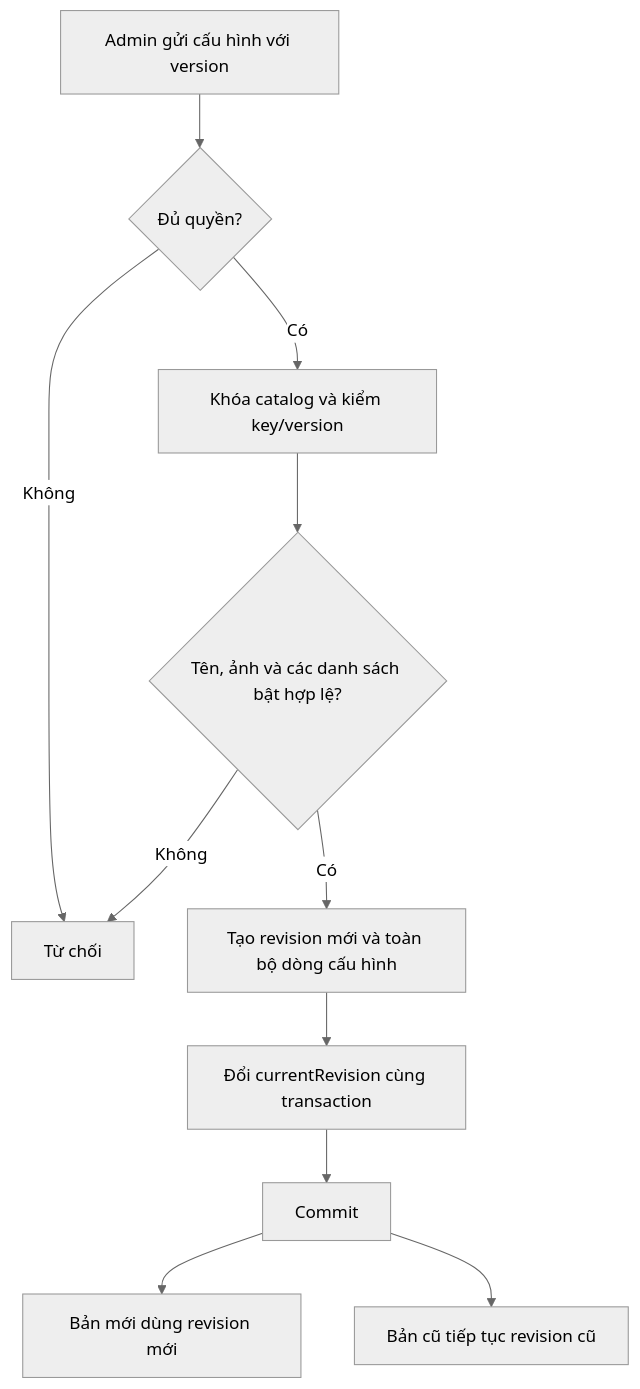
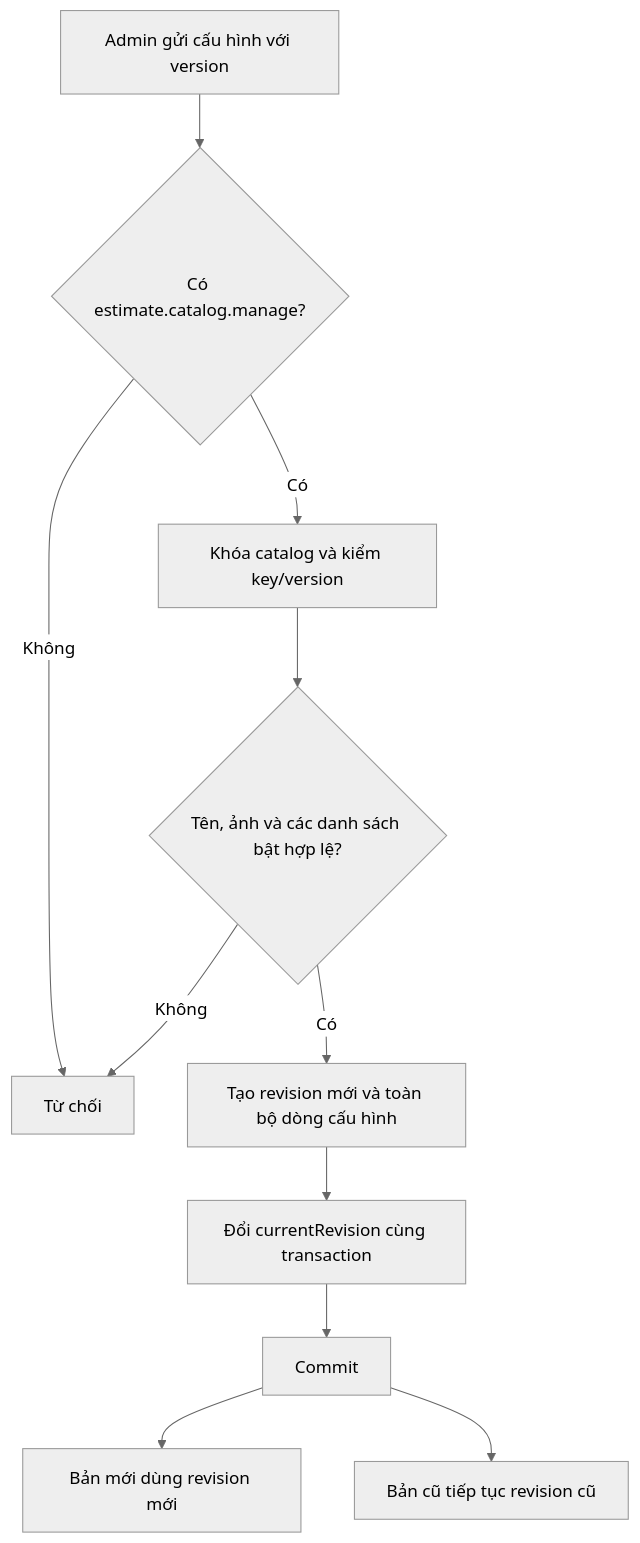
One commit to TaskCoper/bmt-documentation changed the third of 5 diagrams in tdd/TDD-PROJ-001.md. Above: the diagram before and after it, drawn with Mermaid (neutral theme). The commit also changed other lines of this file and 19 other files, not shown here.

````diff
--- a/tdd/TDD-PROJ-001.md
+++ b/tdd/TDD-PROJ-001.md
@@ -154,13 +173,13 @@
 ```mermaid
 flowchart TD
-    A[Admin gửi cấu hình với version] --> B{Đủ quyền?}
+    A[Admin gửi cấu hình với version] --> B{Có estimate.catalog.manage?}
     B -->|Không| X[Từ chối]
     B -->|Có| C[Khóa catalog và kiểm key/version]
     C --> D{Tên, ảnh và các danh sách bật hợp lệ?}
     D -->|Không| X
     D -->|Có| E[Tạo revision mới và toàn bộ dòng cấu hình]
     E --> F[Đổi currentRevision cùng transaction]
     F --> G[Commit]
     G --> H[Bản mới dùng revision mới]
     G --> I[Bản cũ tiếp tục revision cũ]
 ```
````
